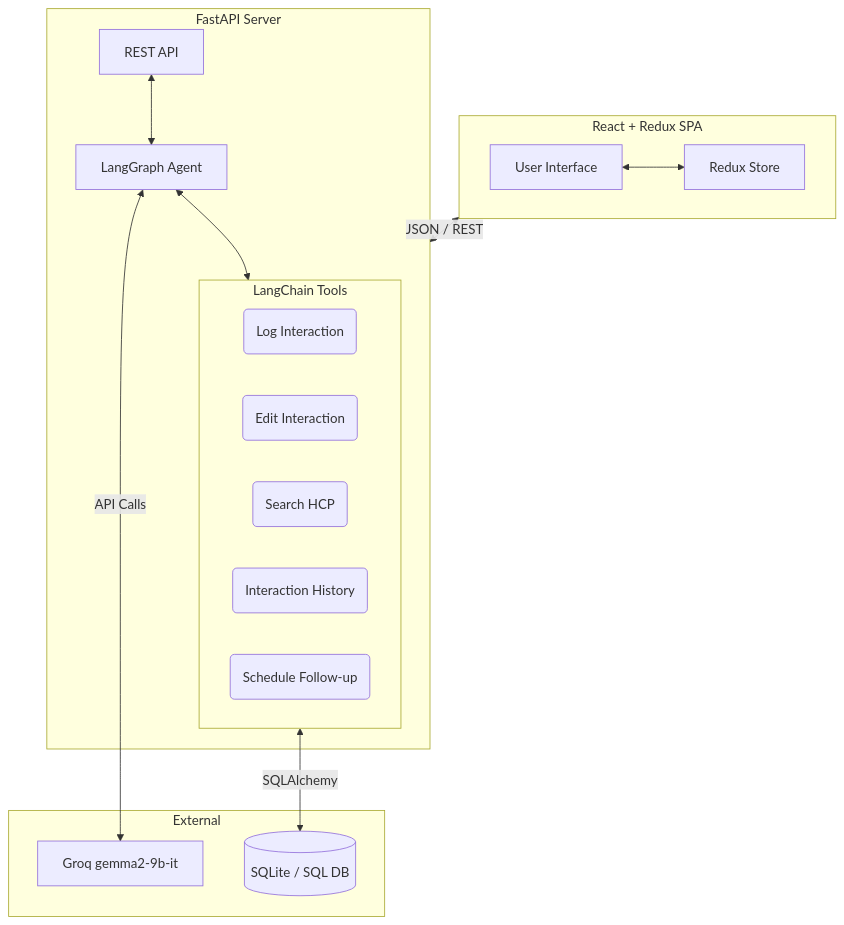
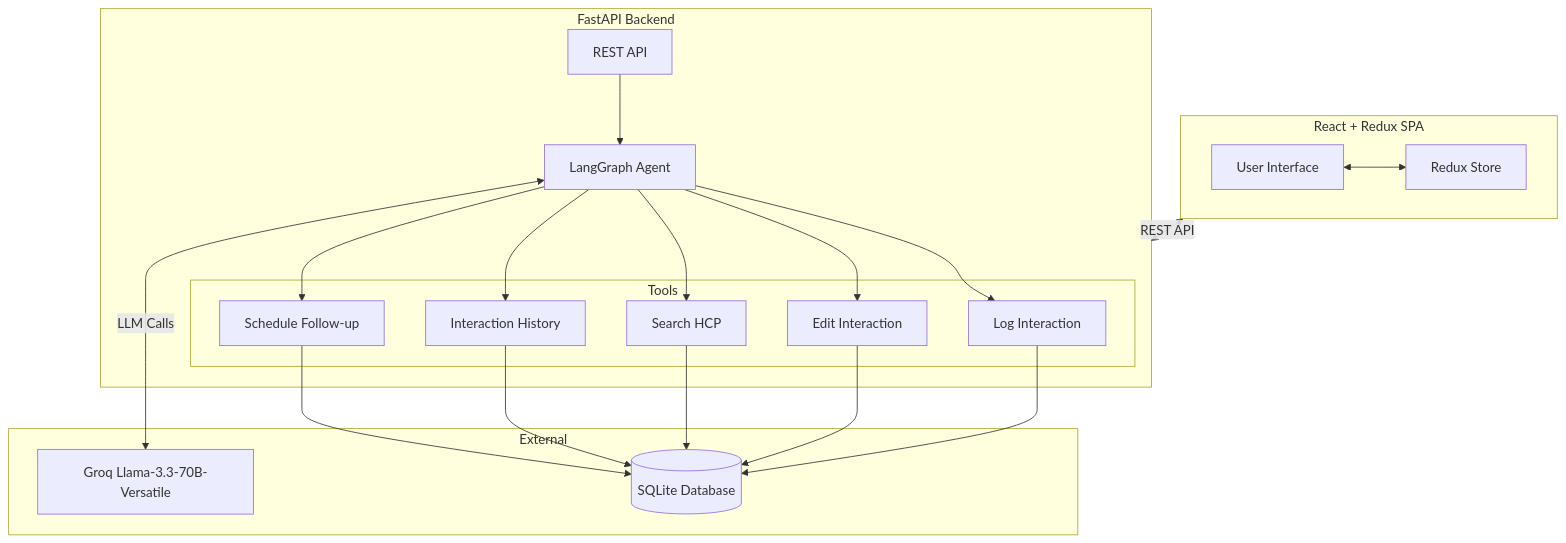
Before and after one commit to Jaayyy21/ai-first-hcp-crm: the diagram in README.md, drawn with Mermaid. The commit also changed other lines of this file, not shown here.

````diff
--- a/README.md
+++ b/README.md
@@ -15,33 +44,61 @@
 ```mermaid
 graph TD
+
     subgraph Frontend [React + Redux SPA]
+
         UI[User Interface]
-        State[Redux Store]
-        UI <--> State
+
+        Store[Redux Store]
+
+        UI <--> Store
+
     end
 
-    subgraph Backend [FastAPI Server]
+    subgraph Backend [FastAPI Backend]
+
         API[REST API]
+
         Agent[LangGraph Agent]
-        
-        subgraph Tools [LangChain Tools]
-            T1(Log Interaction)
-            T2(Edit Interaction)
-            T3(Search HCP)
-            T4(Interaction History)
-            T5(Schedule Follow-up)
+
+        subgraph Tools
+
+            T1[Log Interaction]
+
+            T2[Edit Interaction]
+
+            T3[Search HCP]
+
+            T4[Interaction History]
+
+            T5[Schedule Follow-up]
+
         end
-        
-        API <--> Agent
-        Agent <--> Tools
+
+        API --> Agent
+
+        Agent --> T1
+        Agent --> T2
+        Agent --> T3
+        Agent --> T4
+        Agent --> T5
+
     end
 
     subgraph External
-        LLM[Groq gemma2-9b-it]
-        DB[(SQLite / SQL DB)]
+
+        LLM[Groq Llama-3.3-70B-Versatile]
+
+        DB[(SQLite Database)]
+
     end
 
-    Frontend <-->|JSON / REST| Backend
-    Agent <-->|API Calls| LLM
-    Tools <-->|SQLAlchemy| DB
+    Frontend <-->|REST API| Backend
+
+    Agent <-->|LLM Calls| LLM
+
+    T1 --> DB
+    T2 --> DB
+    T3 --> DB
+    T4 --> DB
+    T5 --> DB
 ```
````
